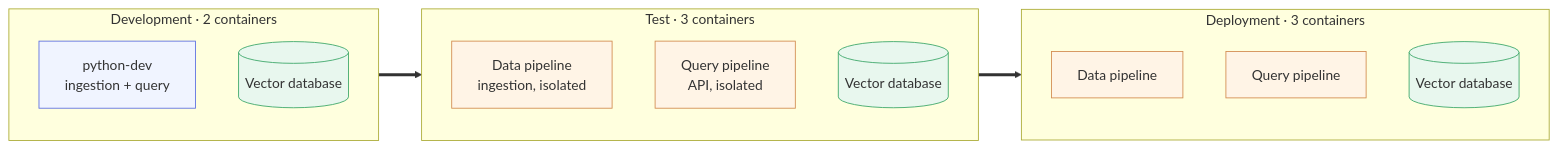
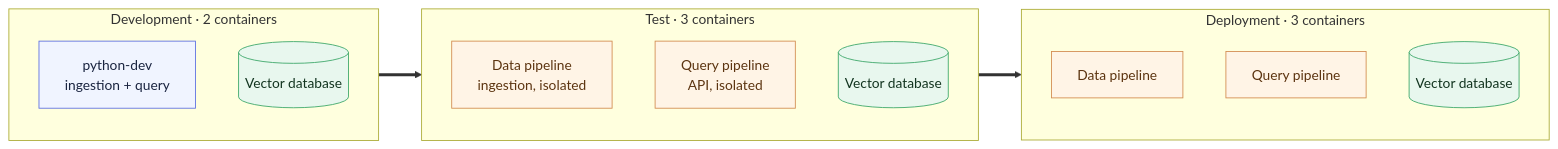
One commit to LinkedInLearning/docker-for-local-ai-app-development-build-lightweight-containerized-ai-applications-11189001 changed the first of 2 diagrams in chapter_1/l3/README.md. Above: the diagram before and after it, drawn with Mermaid. The commit also changed other lines of this file and 25 other files, not shown here.

````diff
--- a/chapter_1/l3/README.md
+++ b/chapter_1/l3/README.md
@@ -80,32 +80,32 @@
 ```mermaid
 flowchart LR
     subgraph Dev["Development · 2 containers"]
         direction TB
         D1[python-dev<br/>ingestion + query]
         D2[(Vector database)]
     end
 
     subgraph Test["Test · 3 containers"]
         direction TB
         T1[Data pipeline<br/>ingestion, isolated]
         T2[Query pipeline<br/>API, isolated]
         T3[(Vector database)]
     end
 
     subgraph Deploy["Deployment · 3 containers"]
         direction TB
         P1[Data pipeline]
         P2[Query pipeline]
         P3[(Vector database)]
     end
 
     Dev ==> Test ==> Deploy
 
-    classDef dev    fill:#f0f4ff,stroke:#5b6ee1,stroke-width:1px;
-    classDef action fill:#fff4e6,stroke:#d28b4f,stroke-width:1px;
-    classDef store  fill:#e8f7ee,stroke:#3aa667,stroke-width:1px;
+    classDef dev    fill:#f0f4ff,stroke:#5b6ee1,stroke-width:1px,color:#1a2440;
+    classDef action fill:#fff4e6,stroke:#d28b4f,stroke-width:1px,color:#5c3410;
+    classDef store  fill:#e8f7ee,stroke:#3aa667,stroke-width:1px,color:#12341f;
 
     class D1 dev
     class T1,T2,P1,P2 action
     class D2,T3,P3 store
 ```
````
